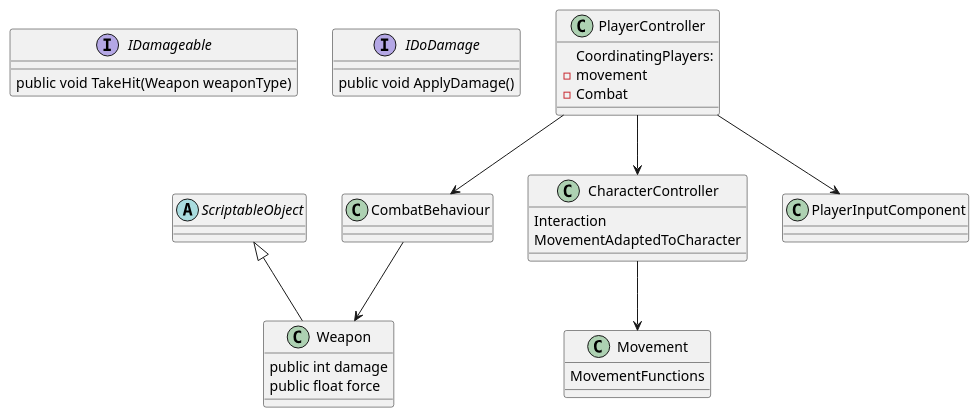
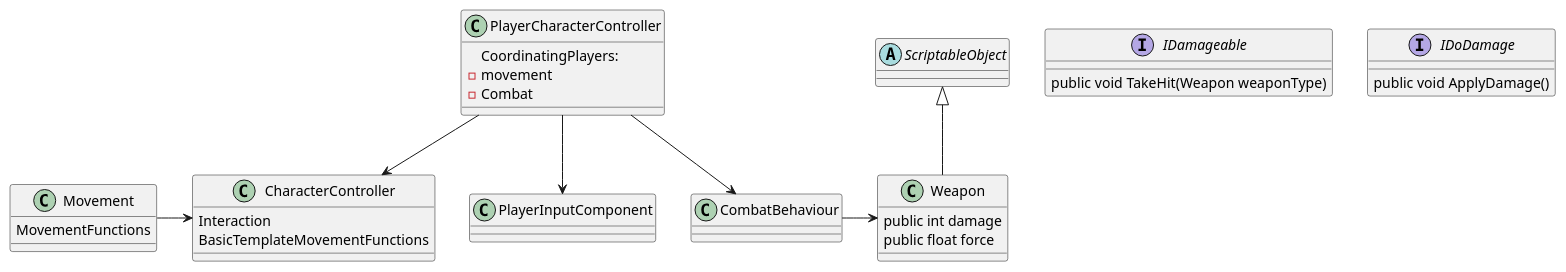
One commit to CZOLGOWUS/no_game-1 changed the diagram in PlantUML_Graphs/Dependencies/Player_inheretance_Dependecies.puml. Above: the diagram before and after it, drawn with PlantUML. The commit also changed 9 other files, not shown here.

```diff
--- a/PlantUML_Graphs/Dependencies/Player_inheretance_Dependecies.puml
+++ b/PlantUML_Graphs/Dependencies/Player_inheretance_Dependecies.puml
@@ -1,67 +1,52 @@
 @startuml
 'https://plantuml.com/sequence-diagra
 
 interface IDamageable
 {
     public void TakeHit(Weapon weaponType)
 }
 
 interface IDoDamage
 {
     public void ApplyDamage()
 }
 
 abstract class ScriptableObject
 {
 
 }
 
 class Weapon extends ScriptableObject
 {
     public int damage
     public float force
 }
 
 class CharacterController
 {
     Interaction
-    MovementAdaptedToCharacter
+    BasicTemplateMovementFunctions
 }
 
 class Movement
 {
     MovementFunctions
 }
 
-class PlayerController
+class PlayerCharacterController
 {
     CoordinatingPlayers:
     - movement
     - Combat
 }
 
-/'
-class CombatBehaviour implements IDamageable,IDoDamage
-{
+Movement -> CharacterController
 
-}
+CombatBehaviour -> Weapon
 
-class EnemieController
-{
+PlayerCharacterController --> PlayerInputComponent
+PlayerCharacterController --> CharacterController
+PlayerCharacterController --> CombatBehaviour
 
-}
-'/
-
-CharacterController --> Movement
-
-CombatBehaviour --> Weapon
-
-PlayerController --> PlayerInputComponent
-PlayerController --> CharacterController
-PlayerController --> CombatBehaviour
-/'
-EnemieController --> CharacterController
-EnemieController --> CombatBehaviour
-'/
 
 @enduml
```
